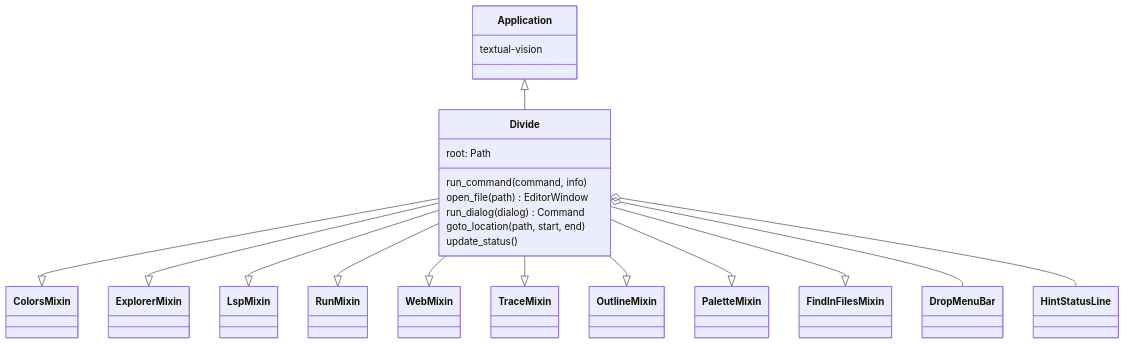
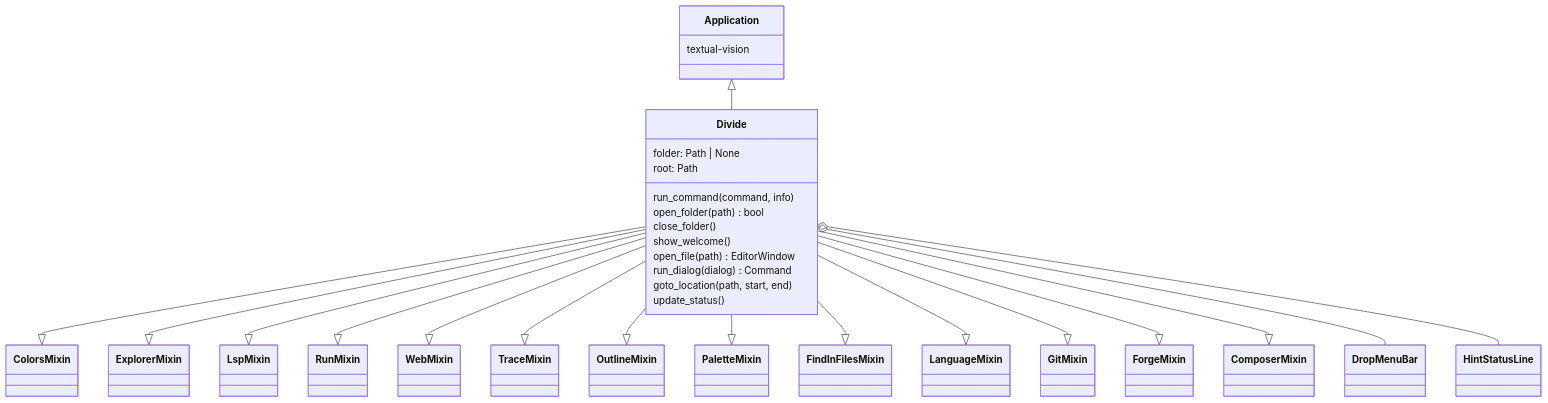
One commit to divengine/divide changed the first of 6 diagrams in docs/design-model.md. Above: the diagram before and after it, drawn with Mermaid. The commit also changed other lines of this file and 13 other files, not shown here.

````diff
--- a/docs/design-model.md
+++ b/docs/design-model.md
@@ -9,24 +9,32 @@
 ```mermaid
 classDiagram
     class Application { textual-vision }
     class Divide {
+        folder: Path | None
         root: Path
         run_command(command, info)
+        open_folder(path) bool
+        close_folder()
+        show_welcome()
         open_file(path) EditorWindow
         run_dialog(dialog) Command
         goto_location(path, start, end)
         update_status()
     }
     Application <|-- Divide
     Divide --|> ColorsMixin
     Divide --|> ExplorerMixin
     Divide --|> LspMixin
     Divide --|> RunMixin
     Divide --|> WebMixin
     Divide --|> TraceMixin
     Divide --|> OutlineMixin
     Divide --|> PaletteMixin
     Divide --|> FindInFilesMixin
+    Divide --|> LanguageMixin
+    Divide --|> GitMixin
+    Divide --|> ForgeMixin
+    Divide --|> ComposerMixin
     Divide o-- DropMenuBar
     Divide o-- HintStatusLine
 ```
````
